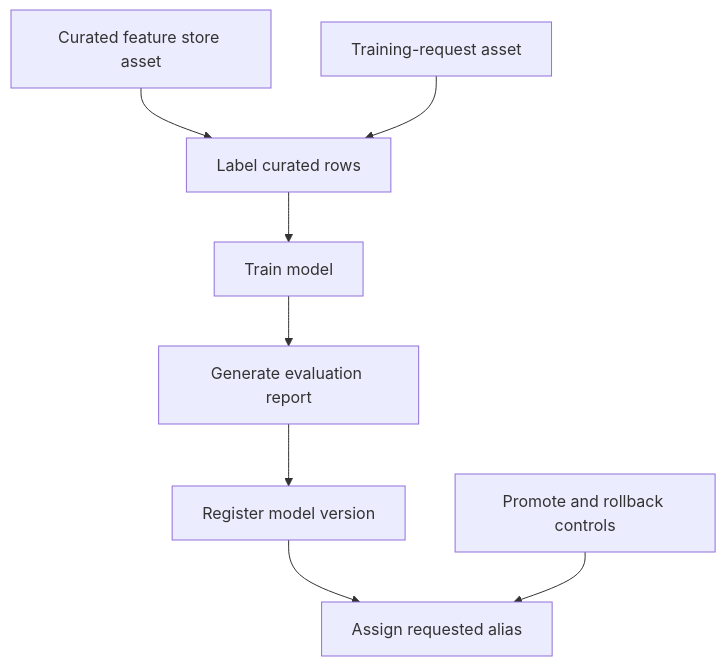
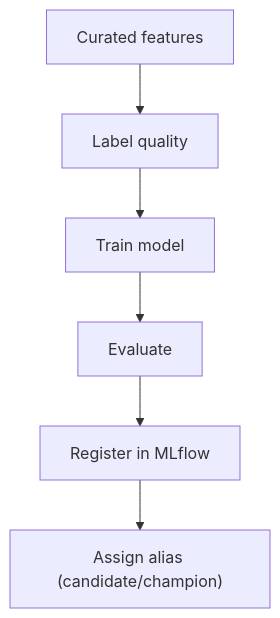
The first of 2 diagrams in docs/site/system/training-pipeline.md (javihslu/foehncast), drawn with Mermaid before and after one commit. The commit also changed other lines of this file and 12 other files, not shown here.

```diff
--- a/docs/site/system/training-pipeline.md
+++ b/docs/site/system/training-pipeline.md
@@ -15,10 +7,8 @@
 <div class="mermaid">
 flowchart TD
-    CUR["Curated feature store asset"] --> LAB["Label curated rows"]
-    REQ["Training-request asset"] --> LAB
+    CUR["Curated features"] --> LAB["Label quality"]
     LAB --> TRN["Train model"]
-    TRN --> EVA["Generate evaluation report"]
-    EVA --> REG["Register model version"]
-    REG --> ALS["Assign requested alias"]
-    OPS["Promote and rollback controls"] --> ALS
+    TRN --> EVA["Evaluate"]
+    EVA --> REG["Register in MLflow"]
+    REG --> ALS["Assign alias (candidate/champion)"]
 </div>
```
